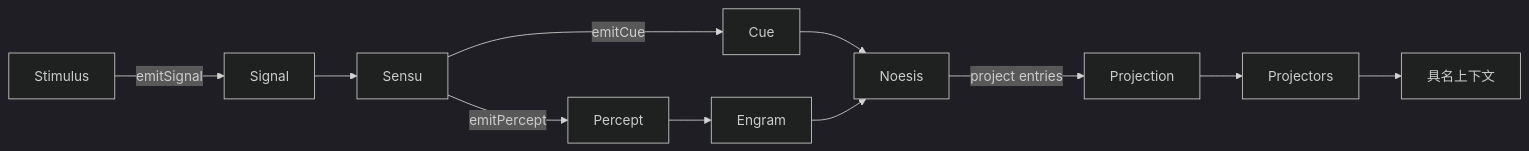
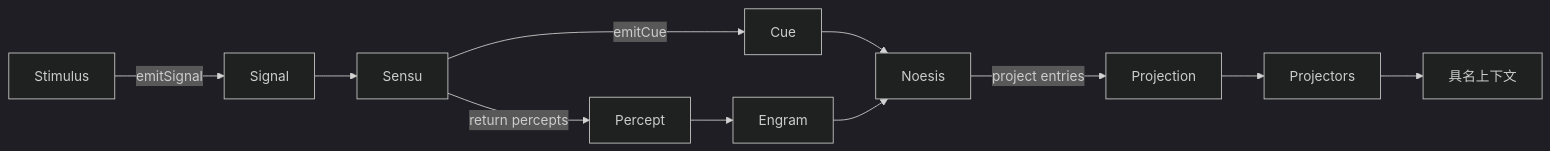
Before and after one commit to YanChenBai/ciel: the diagram in packages/corex/README.md, drawn with Mermaid (dark theme). The commit also changed other lines of this file and 28 other files, not shown here.

````diff
--- a/packages/corex/README.md
+++ b/packages/corex/README.md
@@ -8,13 +8,13 @@
 ```mermaid
 flowchart LR
   stimulus[Stimulus] -->|emitSignal| signal[Signal]
   signal --> sensu[Sensu]
-  sensu -->|emitPercept| percept[Percept]
+  sensu -->|return percepts| percept[Percept]
   percept --> engram[Engram]
   sensu -->|emitCue| cue[Cue]
   cue --> noesis[Noesis]
   engram --> noesis
   noesis -->|project entries| projection[Projection]
   projection --> projectors[Projectors]
   projectors --> context[具名上下文]
 ```
````
